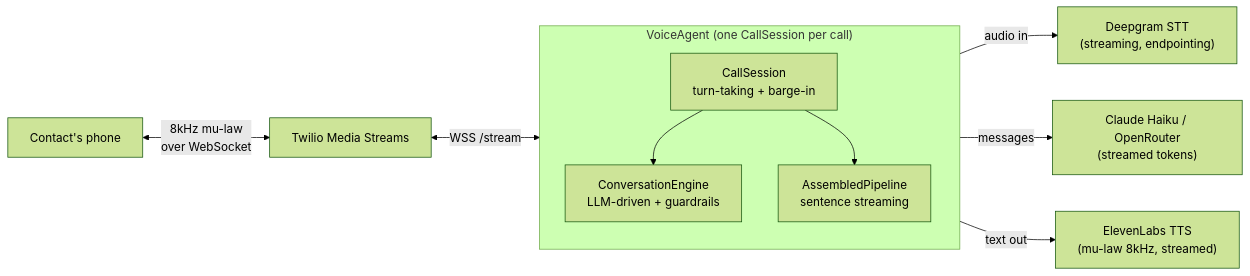
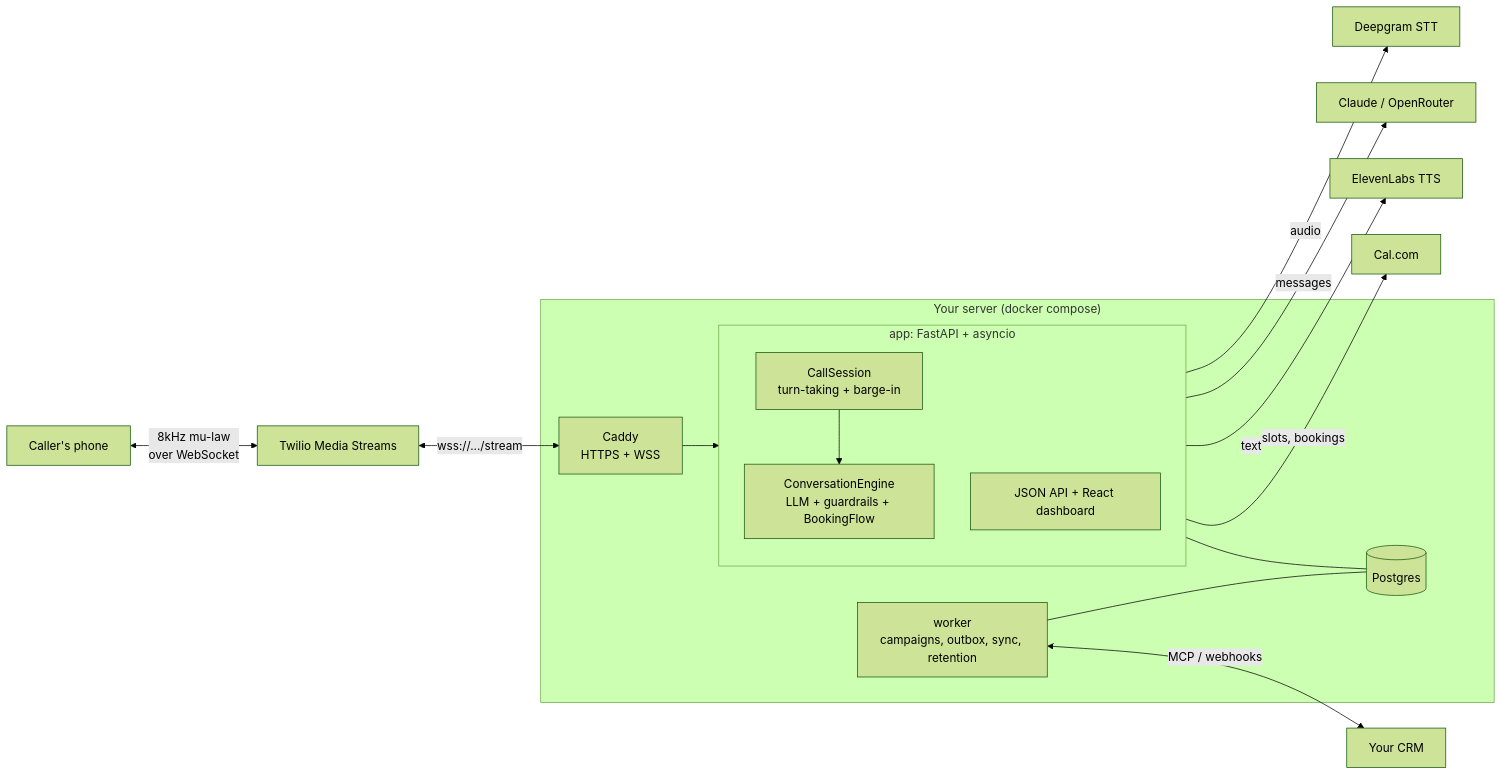
The first of 2 diagrams in README.md (HamzaElSousi/voiceagent), drawn with Mermaid (forest theme) before and after one commit. The commit also changed other lines of this file and 11 other files, not shown here.

First line of the commit message:
Milestone 6: self-hosting with Docker Compose + Caddy

````diff
--- a/README.md
+++ b/README.md
@@ -50,18 +73,26 @@
 ```mermaid
 flowchart LR
-    Phone["Contact's phone"] <-->|"8kHz mu-law<br/>over WebSocket"| Twilio[Twilio Media Streams]
-    Twilio <-->|WSS /stream| Server["VoiceAgent<br/>FastAPI + asyncio"]
+    Phone["Caller's phone"] <-->|"8kHz mu-law<br/>over WebSocket"| Twilio[Twilio Media Streams]
+    Twilio <-->|"wss://.../stream"| Caddy
 
-    subgraph Server["VoiceAgent (one CallSession per call)"]
-        direction TB
-        Session["CallSession<br/>turn-taking + barge-in"]
-        Engine["ConversationEngine<br/>LLM-driven + guardrails"]
-        Pipeline["AssembledPipeline<br/>sentence streaming"]
-        Session --> Engine
-        Session --> Pipeline
+    subgraph Host["Your server (docker compose)"]
+        Caddy["Caddy<br/>HTTPS + WSS"] --> App
+        subgraph App["app: FastAPI + asyncio"]
+            direction TB
+            Session["CallSession<br/>turn-taking + barge-in"]
+            Engine["ConversationEngine<br/>LLM + guardrails + BookingFlow"]
+            API["JSON API + React dashboard"]
+            Session --> Engine
+        end
+        Worker["worker<br/>campaigns, outbox, sync, retention"]
+        PG[(Postgres)]
+        App --- PG
+        Worker --- PG
     end
 
-    Pipeline -->|audio in| Deepgram["Deepgram STT<br/>(streaming, endpointing)"]
-    Engine -->|messages| LLM["Claude Haiku / OpenRouter<br/>(streamed tokens)"]
-    Pipeline -->|text out| ElevenLabs["ElevenLabs TTS<br/>(mu-law 8kHz, streamed)"]
+    Session -->|audio| Deepgram["Deepgram STT"]
+    Engine -->|messages| LLM["Claude / OpenRouter"]
+    Session -->|text| ElevenLabs["ElevenLabs TTS"]
+    Engine -->|slots, bookings| Cal["Cal.com"]
+    Worker <-->|"MCP / webhooks"| CRM["Your CRM"]
 ```
````
